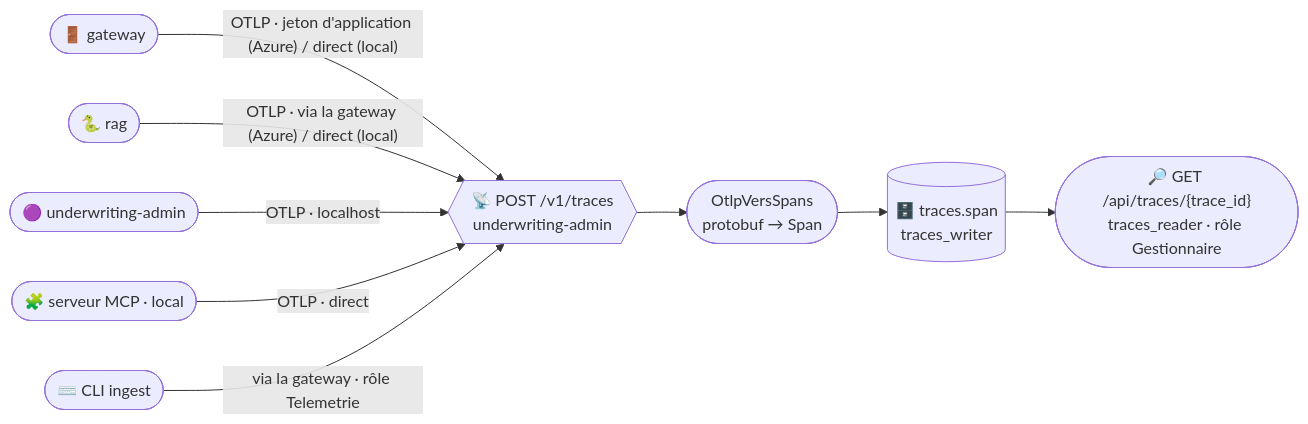
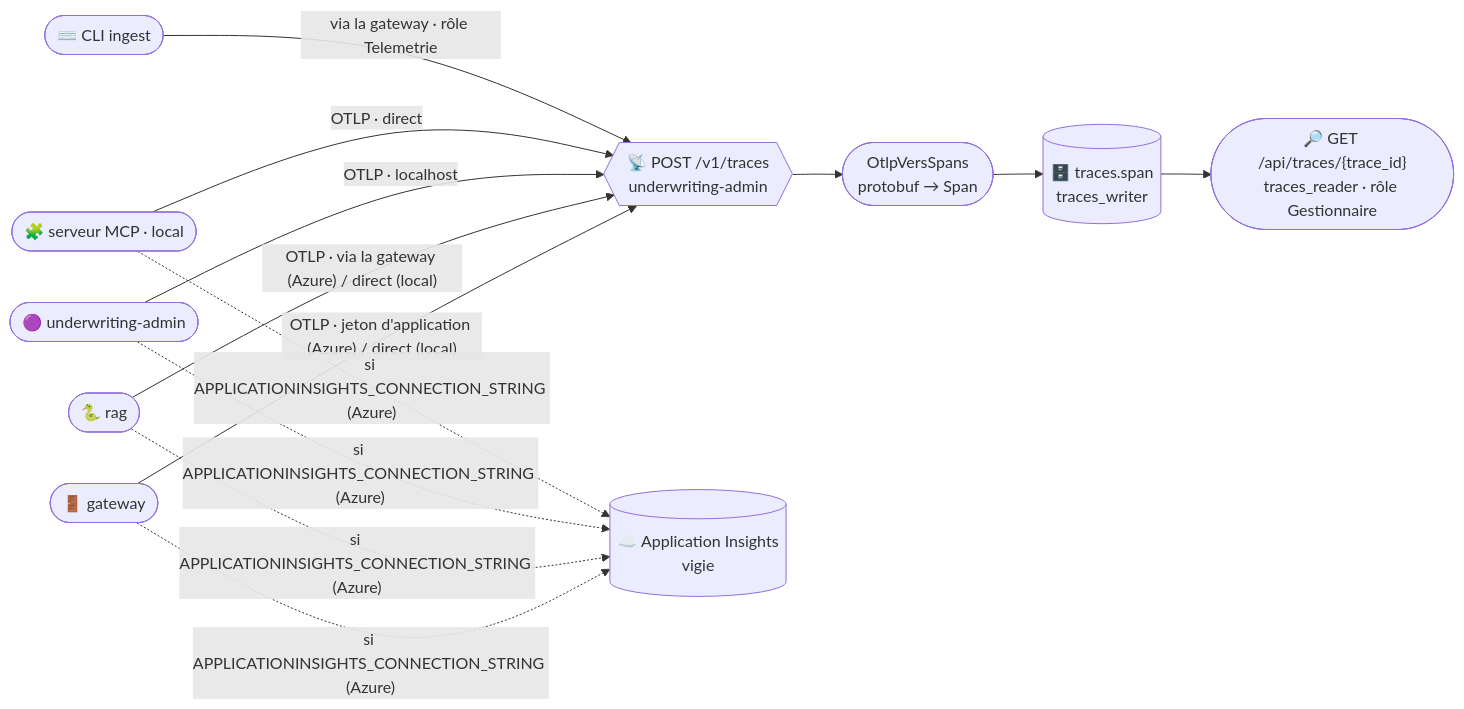
One commit to acerolaz/agentinsurflow changed the diagram in docs/donnees/traces.md. Above: the diagram before and after it, drawn with Mermaid. The commit also changed other lines of this file and 2 other files, not shown here.

Commit message:
docs: vigie S1 — corrections de revue (KQL audit.evaluation et garde_fous.chargement, échantillonnage sourcé)

````diff
--- a/docs/donnees/traces.md
+++ b/docs/donnees/traces.md
@@ -32,10 +32,11 @@
 ```mermaid
 flowchart LR
     GW(["🚪 gateway"]) -- "OTLP · jeton d'application (Azure) / direct (local)" --> RX{{"📡 POST /v1/traces<br/>underwriting-admin"}}
     RAG(["🐍 rag"]) -- "OTLP · via la gateway (Azure) / direct (local)" --> RX
     UA(["🟣 underwriting-admin"]) -- "OTLP · localhost" --> RX
     MCP(["🧩 serveur MCP · local"]) -- "OTLP · direct" --> RX
     CLI(["⌨️ CLI ingest"]) -- "via la gateway · rôle Telemetrie" --> RX
     RX --> CONV(["OtlpVersSpans<br/>protobuf → Span"]) --> TR[("🗄️ traces.span<br/>traces_writer")]
+    GW & RAG & UA & MCP -. "si APPLICATIONINSIGHTS_CONNECTION_STRING (Azure)" .-> AI[("☁️ Application Insights<br/>vigie")]
     TR --> Q(["🔎 GET /api/traces/{trace_id}<br/>traces_reader · rôle Gestionnaire"])
 ```
````
